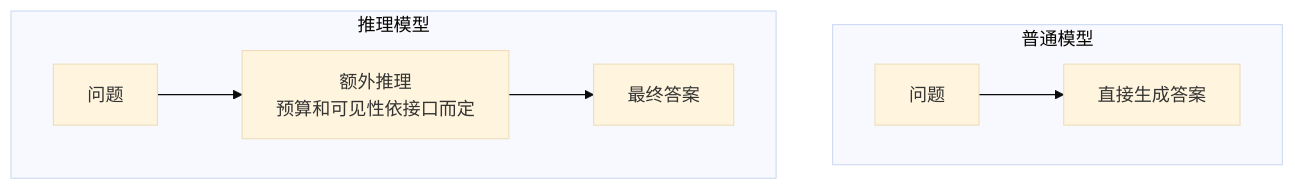
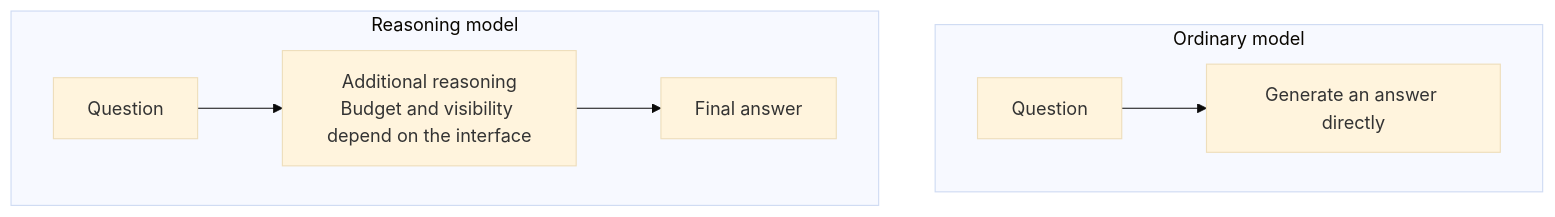
Before and after one commit to oneleaveknowsthefall/awesome-ai-roadmap: the second of 4 diagrams in docs/tools/01-function-calling/07-reasoning-models-and-tools.md, drawn with Mermaid (base theme). The commit also changed other lines of this file and 42 other files, not shown here.

````diff
--- a/docs/tools/01-function-calling/07-reasoning-models-and-tools.md
+++ b/docs/tools/01-function-calling/07-reasoning-models-and-tools.md
@@ -27,11 +27,11 @@
 ```mermaid
 flowchart TB
-    subgraph NORMAL["普通模型"]
-        N1[问题] --> N2[直接生成答案]
+    subgraph NORMAL["Ordinary model"]
+        N1[Question] --> N2[Generate an answer directly]
     end
 
-    subgraph REASONING["推理模型"]
-        R1[问题] --> R2["额外推理<br/>预算和可见性依接口而定"]
-        R2 --> R3[最终答案]
+    subgraph REASONING["Reasoning model"]
+        R1[Question] --> R2["Additional reasoning<br/>Budget and visibility depend on the interface"]
+        R2 --> R3[Final answer]
     end
 ```
````
